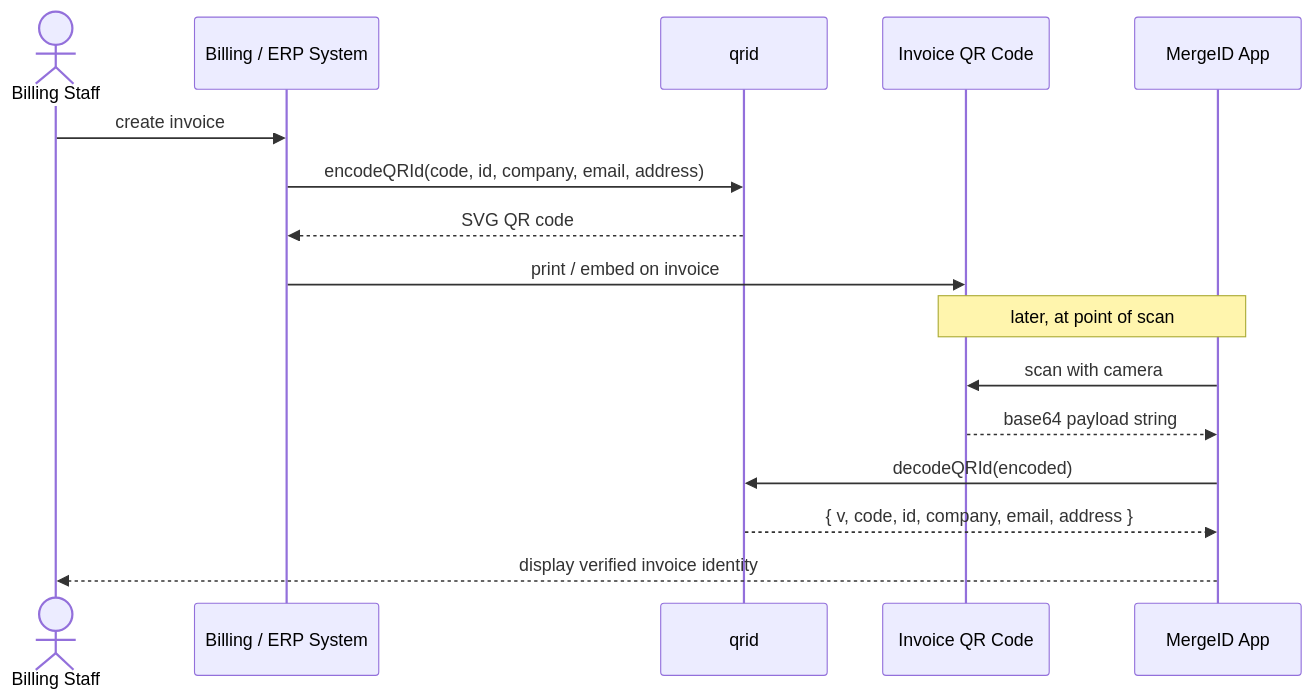
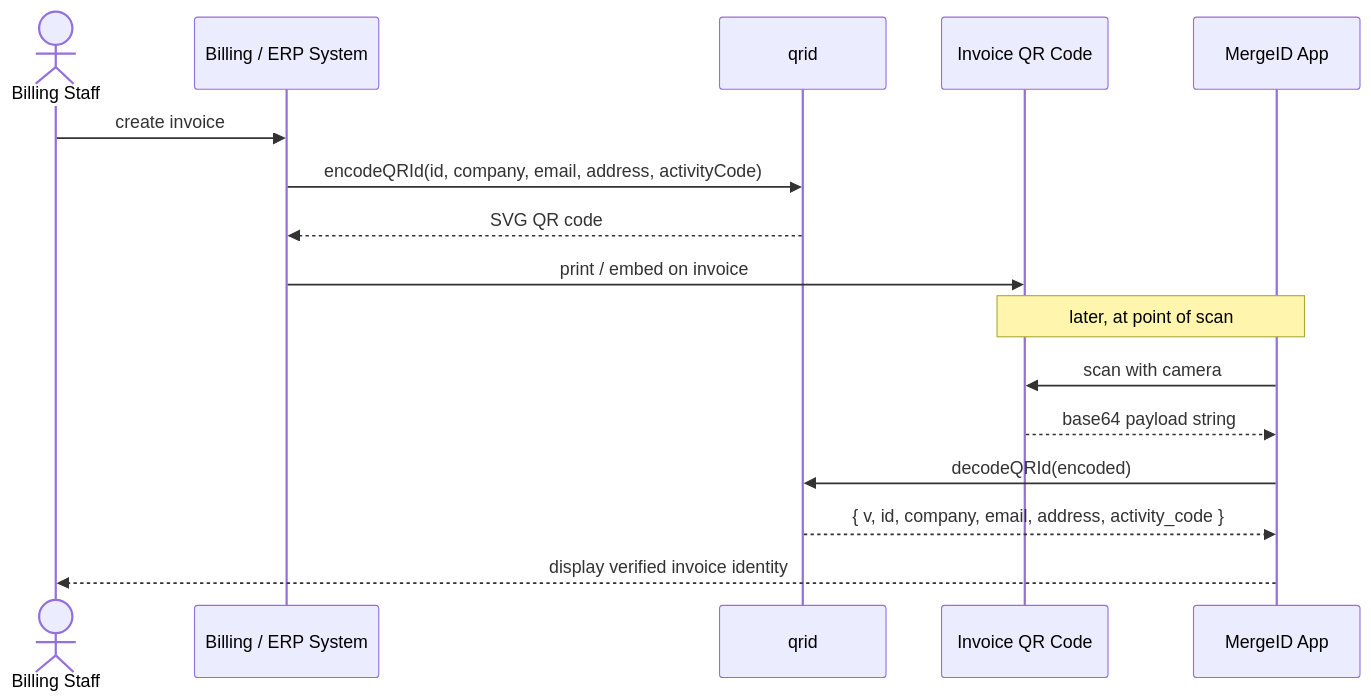
The diagram in README.md (Quality-XP-Development-SESSA/qrid-node), drawn with Mermaid before and after one commit. The commit also changed other lines of this file and 4 other files, not shown here.

First line of the commit message:
Rename code -> activity_code; make it optional (blank by default)

````diff
--- a/README.md
+++ b/README.md
@@ -9,20 +9,20 @@
 ```mermaid
 sequenceDiagram
     actor Staff as Billing Staff
     participant ERP as Billing / ERP System
     participant Lib as qrid
     participant QR as Invoice QR Code
     participant App as MergeID App
 
     Staff->>ERP: create invoice
-    ERP->>Lib: encodeQRId(code, id, company, email, address)
+    ERP->>Lib: encodeQRId(id, company, email, address, activityCode)
     Lib-->>ERP: SVG QR code
     ERP->>QR: print / embed on invoice
 
     Note over App,QR: later, at point of scan
     App->>QR: scan with camera
     QR-->>App: base64 payload string
     App->>Lib: decodeQRId(encoded)
-    Lib-->>App: { v, code, id, company, email, address }
+    Lib-->>App: { v, id, company, email, address, activity_code }
     App-->>Staff: display verified invoice identity
 ```
````
